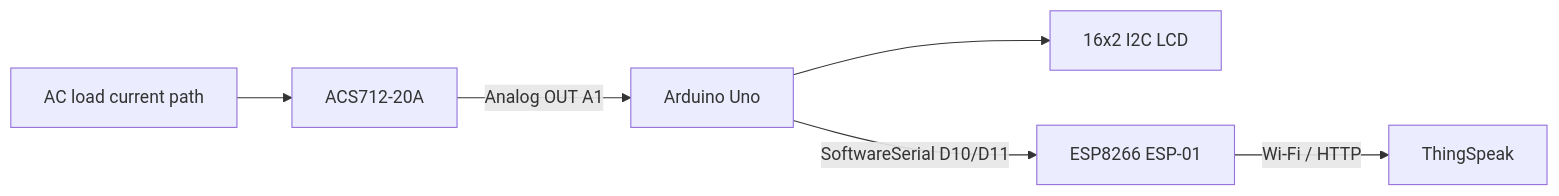
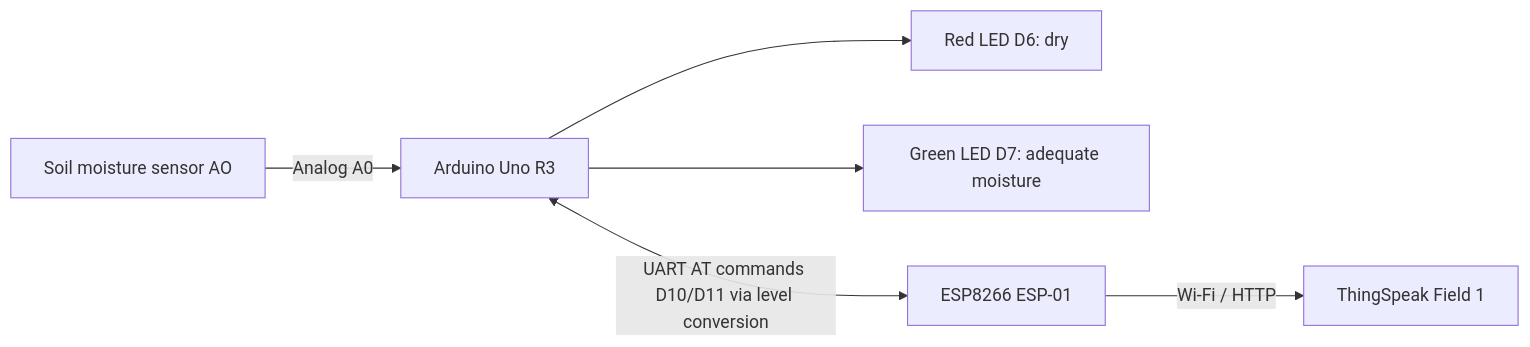
The diagram in docs/architecture.md (akashp9686-star/iot-smart-soil-moisture-monitor), drawn with Mermaid before and after one commit. The commit also changed other lines of this file, not shown here.

Commit message:
Convert repository to exact Glowlogics Project 03 soil moisture monitor

````diff
--- a/docs/architecture.md
+++ b/docs/architecture.md
@@ -4,8 +3,8 @@
 ```mermaid
 flowchart LR
-  A[AC load current path] --> B[ACS712-20A]
-  B -->|Analog OUT A1| C[Arduino Uno]
-  C --> D[16x2 I2C LCD]
-  C -->|SoftwareSerial D10/D11| E[ESP8266 ESP-01]
-  E -->|Wi-Fi / HTTP| F[ThingSpeak]
+  A[Soil moisture sensor AO] -->|Analog A0| B[Arduino Uno R3]
+  B --> C[Red LED D6: dry]
+  B --> D[Green LED D7: adequate moisture]
+  B <-->|UART AT commands D10/D11 via level conversion| E[ESP8266 ESP-01]
+  E -->|Wi-Fi / HTTP| F[ThingSpeak Field 1]
 ```
````
